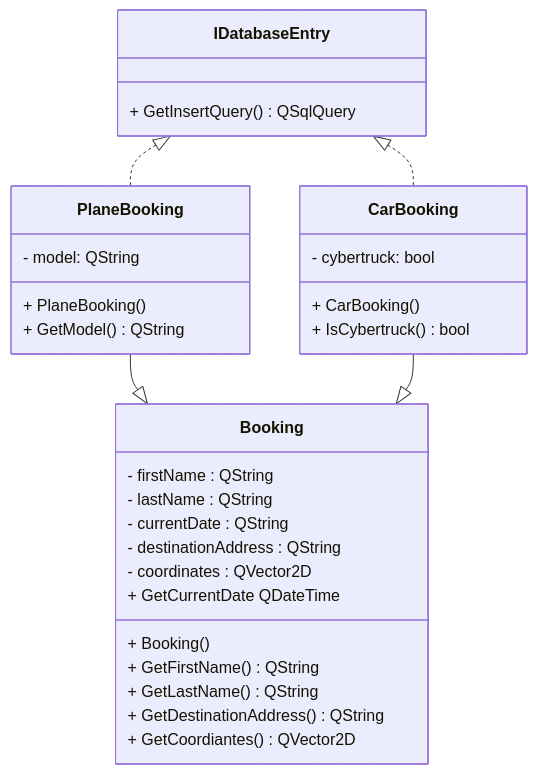
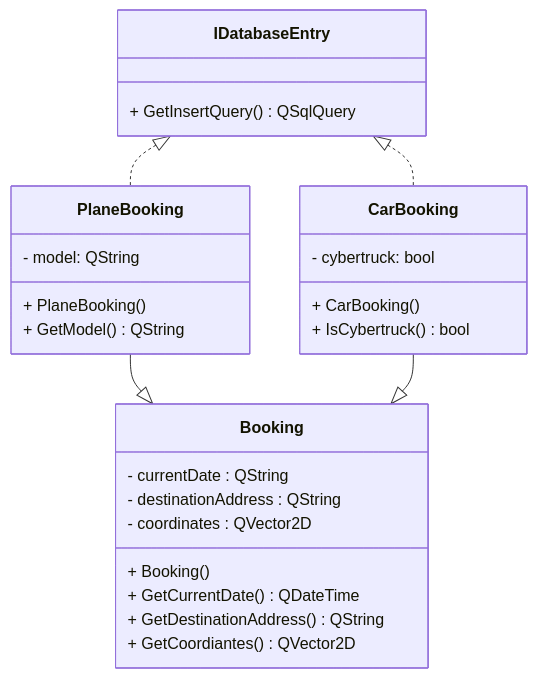
One commit to SUP3RBOB/project4_section1_group4 changed the first of 5 diagrams in README.md. Above: the diagram before and after it, drawn with Mermaid. The commit also changed other lines of this file, not shown here.

````diff
--- a/README.md
+++ b/README.md
@@ -12,37 +13,33 @@
 ```mermaid
     classDiagram
         class Booking {
             + Booking()
-            - firstName : QString
-            - lastName : QString
             - currentDate : QString
             - destinationAddress : QString
             - coordinates : QVector2D
-            + GetFirstName() QString
-            + GetLastName() QString
-            + GetCurrentDate QDateTime
+            + GetCurrentDate() QDateTime
             + GetDestinationAddress() QString
             + GetCoordiantes() QVector2D
         }
 
         class CarBooking {
             + CarBooking()
             - cybertruck: bool
             + IsCybertruck() bool
         }
 
         class PlaneBooking {
             + PlaneBooking()
             - model: QString
             + GetModel() QString
         }
 
         class IDatabaseEntry {
             + GetInsertQuery() QSqlQuery
         }
 
         PlaneBooking--|>Booking
         CarBooking--|>Booking
         IDatabaseEntry <|.. PlaneBooking
         IDatabaseEntry <|.. CarBooking
 ```
````
